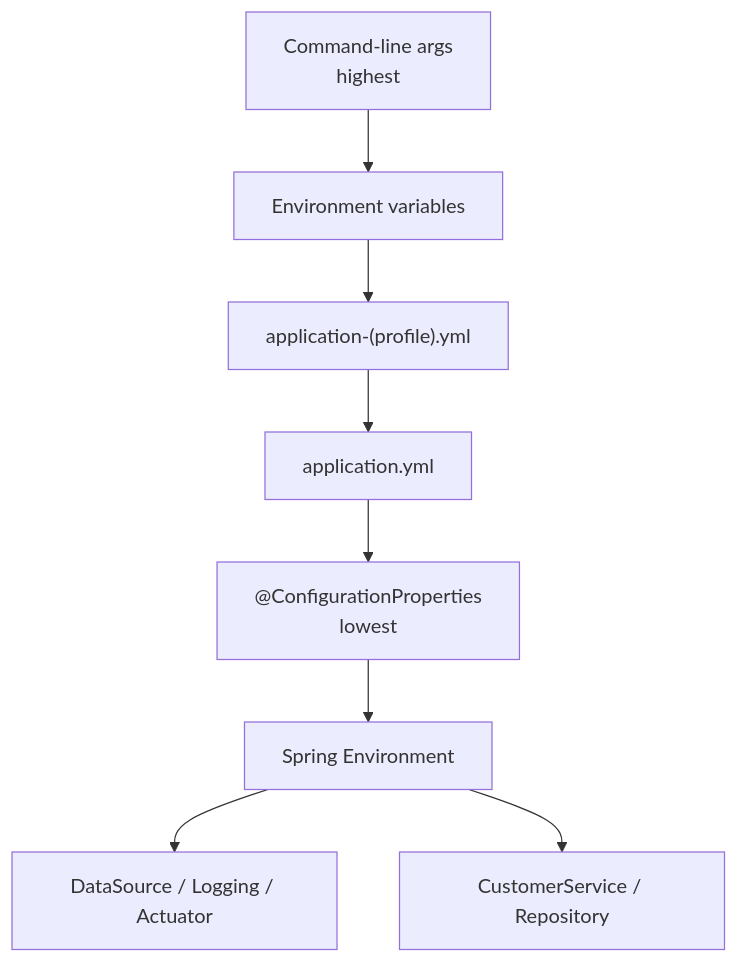
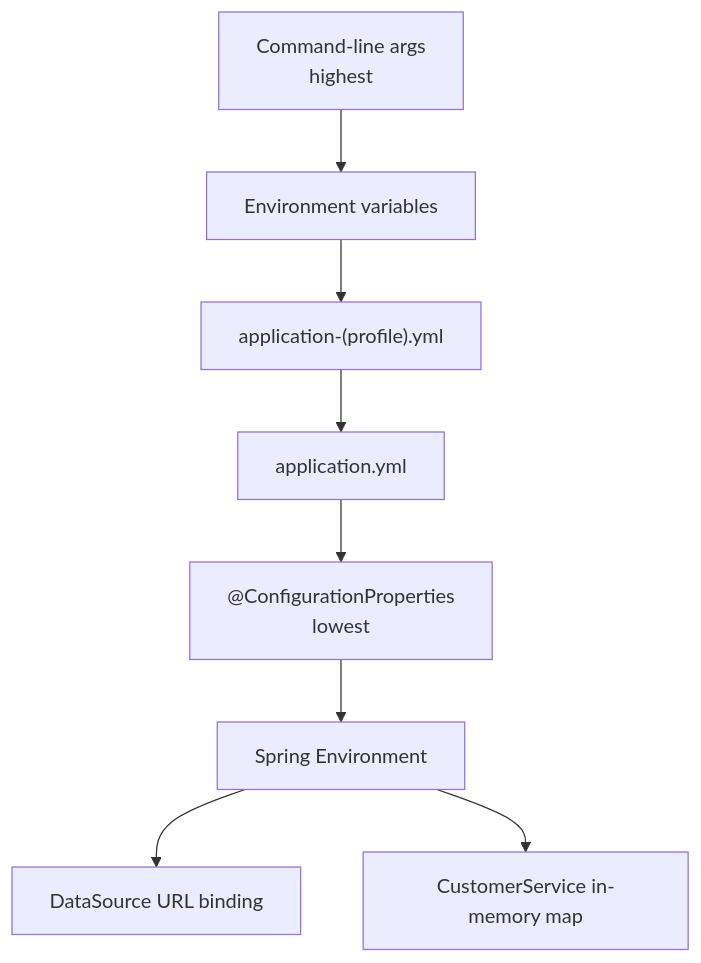
One commit to Innovation-In-Software/bc-sw-engineer-java-participant changed the diagram in labs/Week 3 - Spring Framework and Enterprise Patterns/module-26/lab26/LAB-26-GUIDE.md. Above: the diagram before and after it, drawn with Mermaid. The commit also changed other lines of this file and 581 other files, not shown here.

````diff
--- a/labs/Week 3 - Spring Framework and Enterprise Patterns/module-26/lab26/LAB-26-GUIDE.md
+++ b/labs/Week 3 - Spring Framework and Enterprise Patterns/module-26/lab26/LAB-26-GUIDE.md
@@ -108,10 +110,10 @@
 ```mermaid
 flowchart TB
   CLI["Command-line args<br/>highest"] --> Env["Environment variables"]
   Env --> Prof["application-(profile).yml"]
   Prof --> Base["application.yml"]
   Base --> Props["@ConfigurationProperties<br/>lowest"]
   Props --> Spring["Spring Environment"]
-  Spring --> DS["DataSource / Logging / Actuator"]
-  Spring --> Svc["CustomerService / Repository"]
+  Spring --> DS["DataSource URL binding"]
+  Spring --> Svc["CustomerService in-memory map"]
 ```
````
